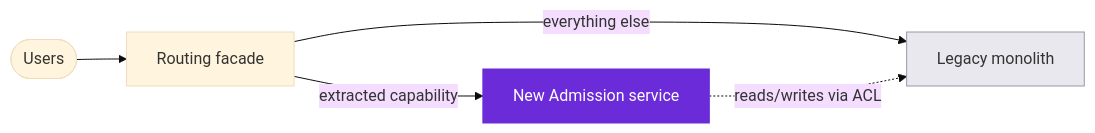
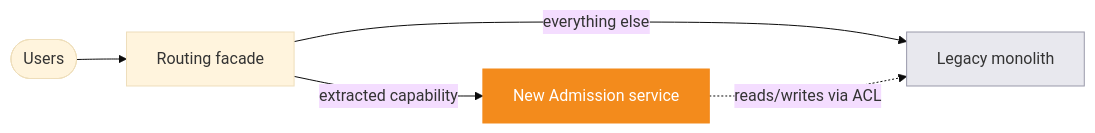
Before and after one commit to oleksiyp/arch-book: the ninth of 22 diagrams in README.md, drawn with Mermaid (base theme). The commit also changed other lines of this file and 6 other files, not shown here.

```diff
--- a/README.md
+++ b/README.md
@@ -673,11 +673,11 @@
 <pre class="mermaid">
 flowchart LR
     users([Users]) --> proxy["Routing facade"]
     proxy -- "extracted capability" --> new["New Admission service"]
     proxy -- "everything else" --> old["Legacy monolith"]
     new -. "reads/writes via ACL" .-> old
-    classDef new fill:#6c2bd9,stroke:#6c2bd9,color:#fff
+    classDef new fill:#f38b1c,stroke:#f38b1c,color:#fff
     classDef old fill:#e8e8ee,stroke:#99a,color:#333
     class new new
     class old old
 </pre>
```
